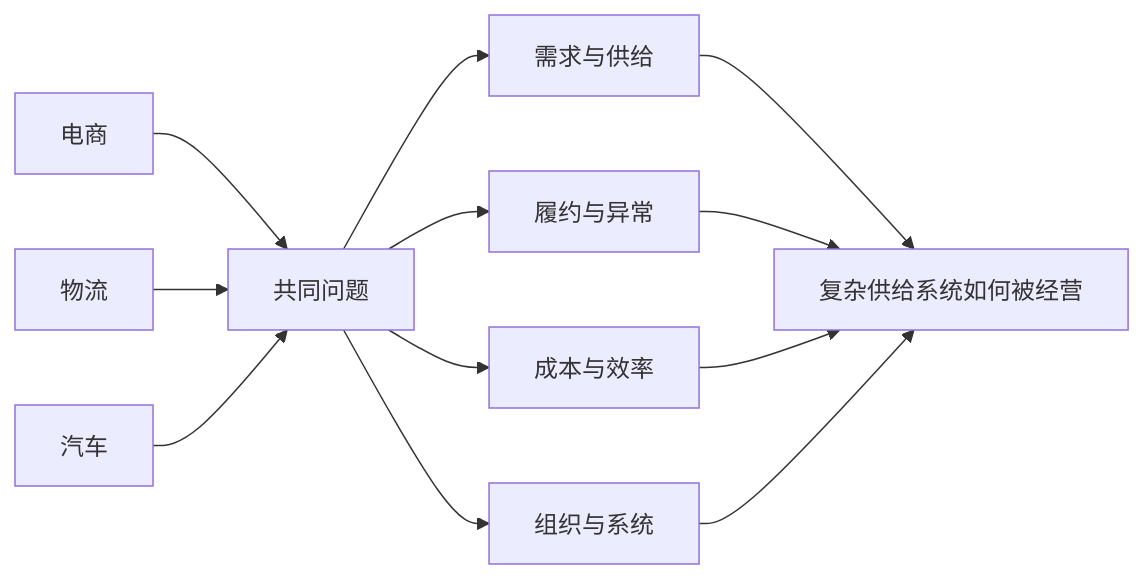
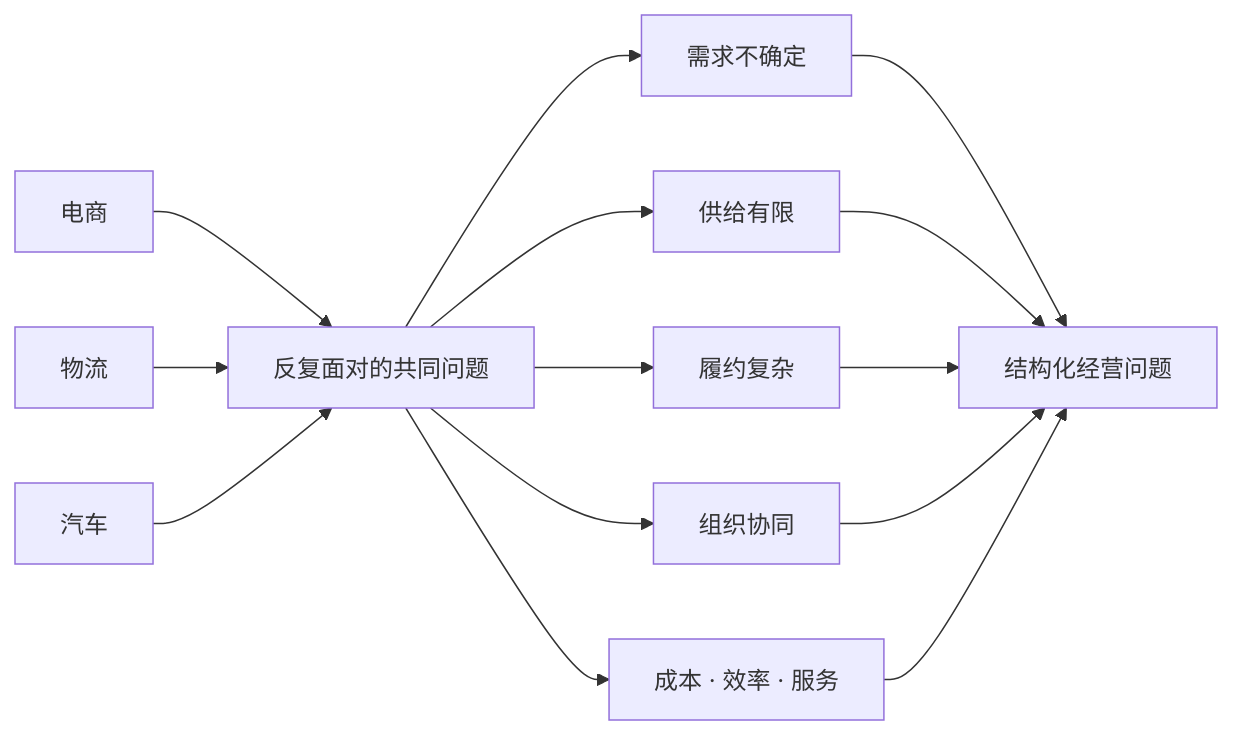
Before and after one commit to Chizheng4/robotaxi: the third of 10 diagrams in README.md, drawn with Mermaid. The commit also changed other lines of this file and 16 other files, not shown here.

````diff
--- a/README.md
+++ b/README.md
@@ -9,14 +51,16 @@
 ```mermaid
 flowchart LR
-  A["电商"] --> D["共同问题"]
+  A["电商"] --> D["反复面对的共同问题"]
   B["物流"] --> D
   C["汽车"] --> D
-  D --> E["需求与供给"]
-  D --> F["履约与异常"]
-  D --> G["成本与效率"]
-  D --> H["组织与系统"]
-  E --> I["复杂供给系统如何被经营"]
-  F --> I
-  G --> I
-  H --> I
+  D --> E["需求不确定"]
+  D --> F["供给有限"]
+  D --> G["履约复杂"]
+  D --> H["组织协同"]
+  D --> I["成本 · 效率 · 服务"]
+  E --> J["结构化经营问题"]
+  F --> J
+  G --> J
+  H --> J
+  I --> J
 ```
````
